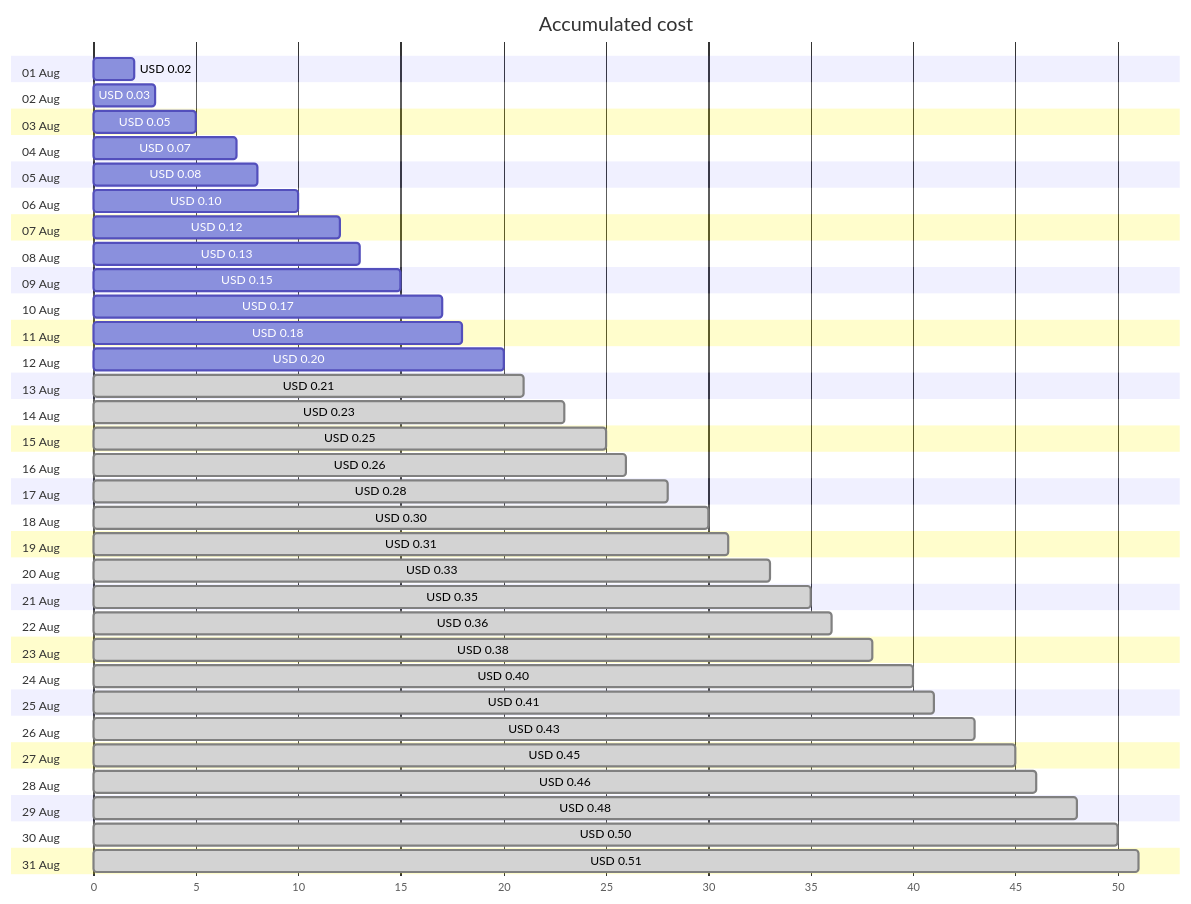
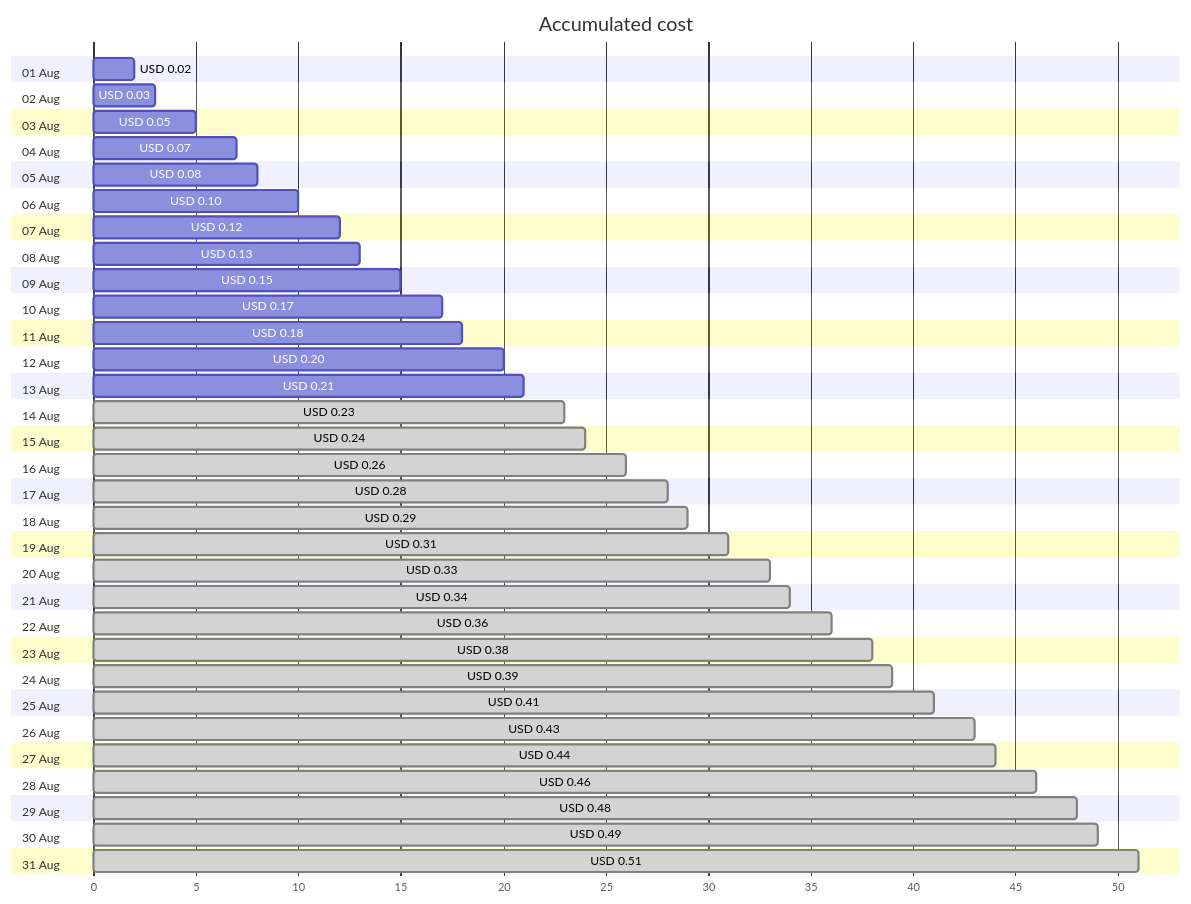
The first of 4 diagrams in cost-reports/personal-dns/jpatrickfulton.dev.md (jpfulton/azure-personal-reports), drawn with Mermaid before and after one commit. The commit also changed other lines of this file and 2 other files, not shown here.

````diff
--- a/cost-reports/personal-dns/jpatrickfulton.dev.md
+++ b/cost-reports/personal-dns/jpatrickfulton.dev.md
@@ -20,68 +20,68 @@
 ```mermaid
 gantt
    title Accumulated cost
    dateFormat  X
    axisFormat %s
    section 01 Aug
    USD 0.02 :0, 2
    section 02 Aug
    USD 0.03 :0, 3
    section 03 Aug
    USD 0.05 :0, 5
    section 04 Aug
    USD 0.07 :0, 7
    section 05 Aug
    USD 0.08 :0, 8
    section 06 Aug
    USD 0.10 :0, 10
    section 07 Aug
    USD 0.12 :0, 12
    section 08 Aug
    USD 0.13 :0, 13
    section 09 Aug
    USD 0.15 :0, 15
    section 10 Aug
    USD 0.17 :0, 17
    section 11 Aug
    USD 0.18 :0, 18
    section 12 Aug
    USD 0.20 :0, 20
    section 13 Aug
-   USD 0.21 : done, 0, 21
+   USD 0.21 :0, 21
    section 14 Aug
    USD 0.23 : done, 0, 23
    section 15 Aug
-   USD 0.25 : done, 0, 25
+   USD 0.24 : done, 0, 24
    section 16 Aug
    USD 0.26 : done, 0, 26
    section 17 Aug
    USD 0.28 : done, 0, 28
    section 18 Aug
-   USD 0.30 : done, 0, 30
+   USD 0.29 : done, 0, 29
    section 19 Aug
    USD 0.31 : done, 0, 31
    section 20 Aug
    USD 0.33 : done, 0, 33
    section 21 Aug
-   USD 0.35 : done, 0, 35
+   USD 0.34 : done, 0, 34
    section 22 Aug
    USD 0.36 : done, 0, 36
    section 23 Aug
    USD 0.38 : done, 0, 38
    section 24 Aug
-   USD 0.40 : done, 0, 40
+   USD 0.39 : done, 0, 39
    section 25 Aug
    USD 0.41 : done, 0, 41
    section 26 Aug
    USD 0.43 : done, 0, 43
    section 27 Aug
-   USD 0.45 : done, 0, 45
+   USD 0.44 : done, 0, 44
    section 28 Aug
    USD 0.46 : done, 0, 46
    section 29 Aug
    USD 0.48 : done, 0, 48
    section 30 Aug
-   USD 0.50 : done, 0, 50
+   USD 0.49 : done, 0, 49
    section 31 Aug
    USD 0.51 : done, 0, 51
 ```
````
